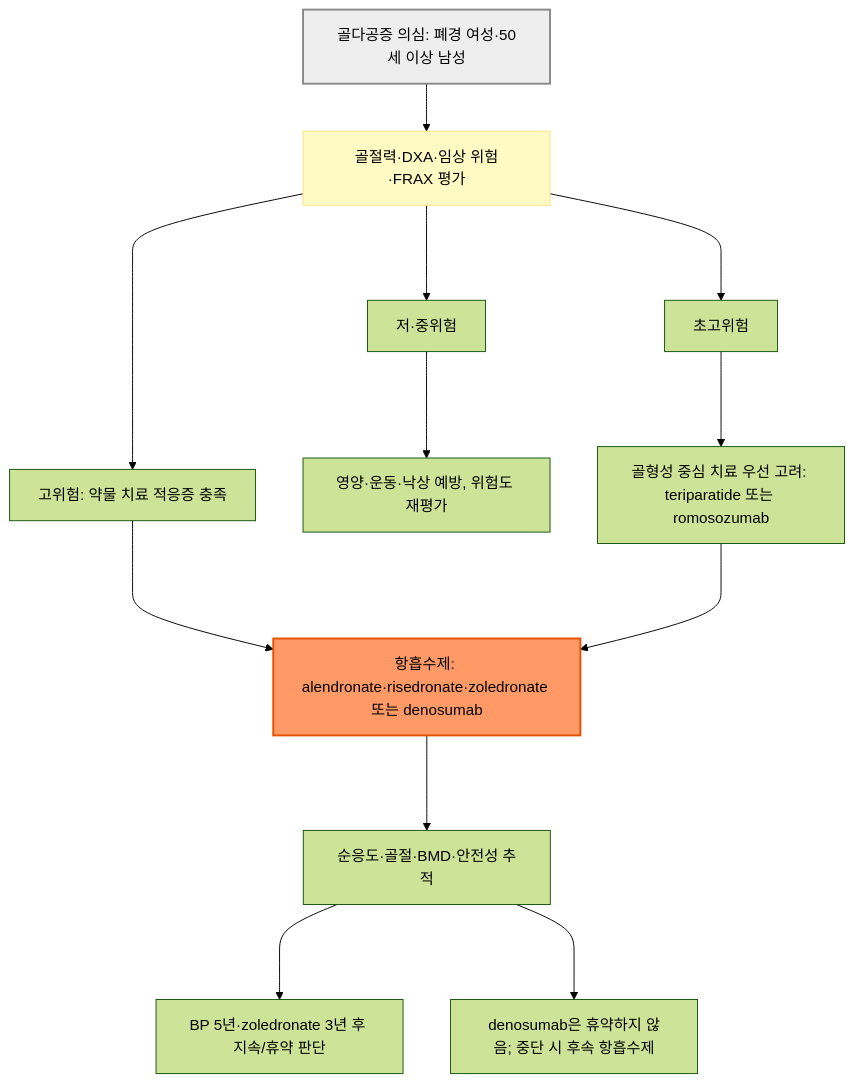
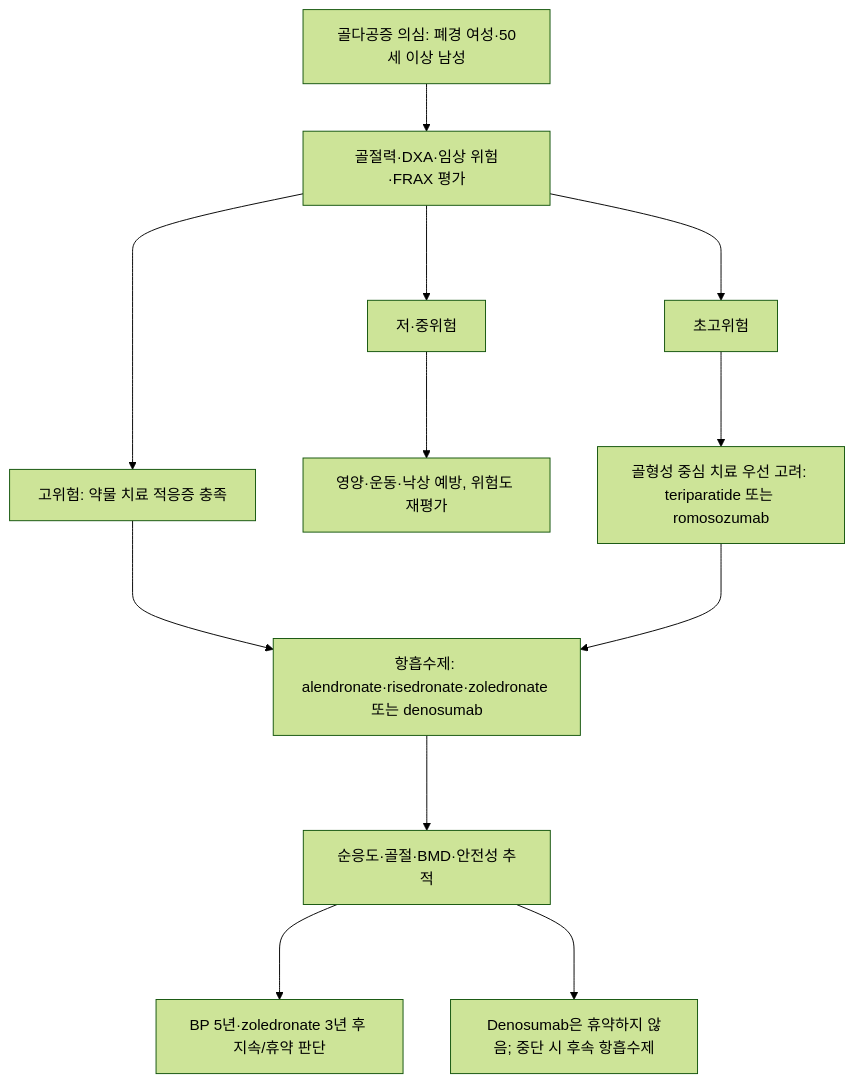
The first of 2 diagrams in 228_/149_-osteoporosis.md (familyoh77/familyoh77), drawn with Mermaid (forest theme) before and after one commit. The commit also changed other lines of this file and 9 other files, not shown here.

````diff
--- a/228_/149_-osteoporosis.md
+++ b/228_/149_-osteoporosis.md
@@ -176,20 +176,15 @@
 ```mermaid
-flowchart TD
+graph TD
     A["골다공증 의심: 폐경 여성·50세 이상 남성"]
     A --> E["골절력·DXA·임상 위험·FRAX 평가"]
     E ---> L["저·중위험"]
     E ---> H["고위험: 약물 치료 적응증 충족"]
     E ---> V["초고위험"]
     L ---> N["영양·운동·낙상 예방, 위험도 재평가"]
     H ---> R["항흡수제: alendronate·risedronate·zoledronate 또는 denosumab"]
     V ---> B["골형성 중심 치료 우선 고려: teriparatide 또는 romosozumab"]
     B ---> R
     R ---> F["순응도·골절·BMD·안전성 추적"]
     F ---> C["BP 5년·zoledronate 3년 후 지속/휴약 판단"]
-    F ---> D["denosumab은 휴약하지 않음; 중단 시 후속 항흡수제"]
-
-    classDef question fill:#fff9c4,stroke:#ffe082
-    class E question
-    style A fill:#eeeeee,stroke:#888888,stroke-width:2px
-    style R fill:#f96,stroke:#e65100,stroke-width:2px
+    F ---> D["Denosumab은 휴약하지 않음; 중단 시 후속 항흡수제"]
 ```
````
